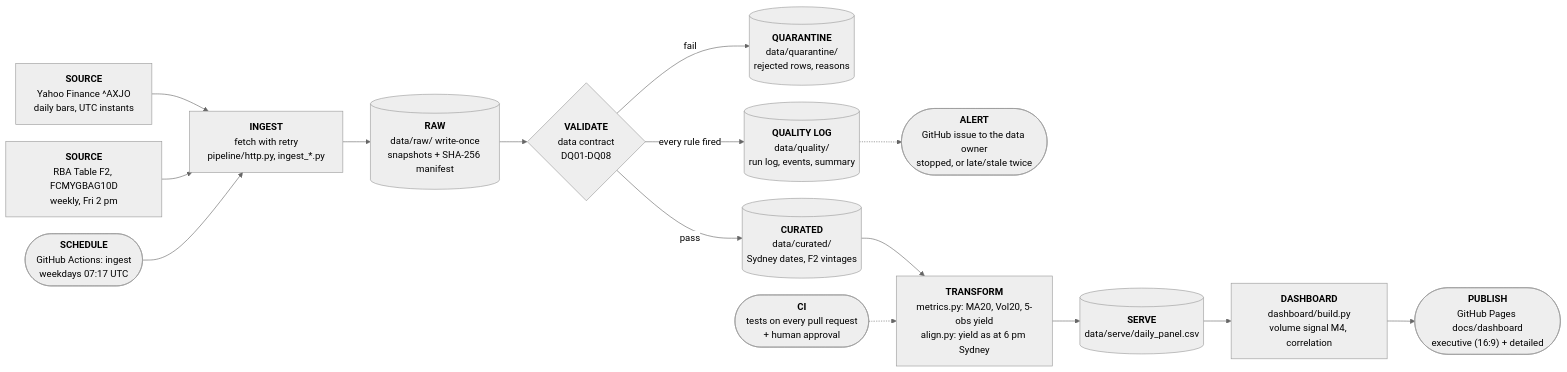
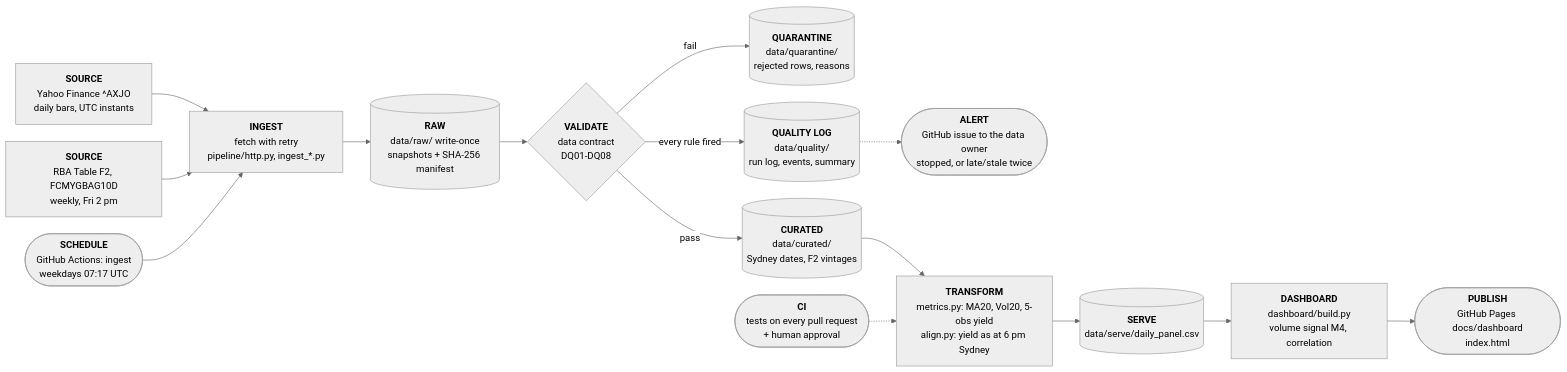
One commit to vpkngoc/BUSA3022_ASM2 changed the diagram in docs/architecture.mmd. Above: the diagram before and after it, drawn with Mermaid. The commit also changed 19 other files, not shown here.

First line of the commit message:
feat(part3): final dashboard is the detailed view; executive view removed

```diff
--- a/docs/architecture.mmd
+++ b/docs/architecture.mmd
@@ -1,27 +1,27 @@
 %%{init: {"theme": "neutral", "flowchart": {"curve": "basis", "nodeSpacing": 28, "rankSpacing": 46}}}%%
 flowchart LR
   Y["<b>SOURCE</b><br/>Yahoo Finance ^AXJO<br/>daily bars, UTC instants"]
   R["<b>SOURCE</b><br/>RBA Table F2, FCMYGBAG10D<br/>weekly, Fri 2 pm"]
   GA(["<b>SCHEDULE</b><br/>GitHub Actions: ingest<br/>weekdays 07:17 UTC"])
   F["<b>INGEST</b><br/>fetch with retry<br/>pipeline/http.py, ingest_*.py"]
   RAW[("<b>RAW</b><br/>data/raw/ write-once<br/>snapshots + SHA-256 manifest")]
   V{"<b>VALIDATE</b><br/>data contract<br/>DQ01-DQ08"}
   Q[("<b>QUARANTINE</b><br/>data/quarantine/<br/>rejected rows, reasons")]
   CUR[("<b>CURATED</b><br/>data/curated/<br/>Sydney dates, F2 vintages")]
   DQ[("<b>QUALITY LOG</b><br/>data/quality/<br/>run log, events, summary")]
   ISS(["<b>ALERT</b><br/>GitHub issue to the data owner<br/>stopped, or late/stale twice"])
   T["<b>TRANSFORM</b><br/>metrics.py: MA20, Vol20, 5-obs yield<br/>align.py: yield as at 6 pm Sydney"]
   S[("<b>SERVE</b><br/>data/serve/daily_panel.csv")]
   D["<b>DASHBOARD</b><br/>dashboard/build.py<br/>volume signal M4, correlation"]
-  P(["<b>PUBLISH</b><br/>GitHub Pages docs/dashboard<br/>executive (16:9) + detailed"])
+  P(["<b>PUBLISH</b><br/>GitHub Pages docs/dashboard<br/>index.html"])
   CI(["<b>CI</b><br/>tests on every pull request<br/>+ human approval"])
   Y --> F
   R --> F
   GA --> F
   F --> RAW --> V
   V -- "pass" --> CUR
   V -- "fail" --> Q
   V -- "every rule fired" --> DQ
   DQ -.-> ISS
   CUR --> T --> S --> D --> P
   CI -.-> T
```
